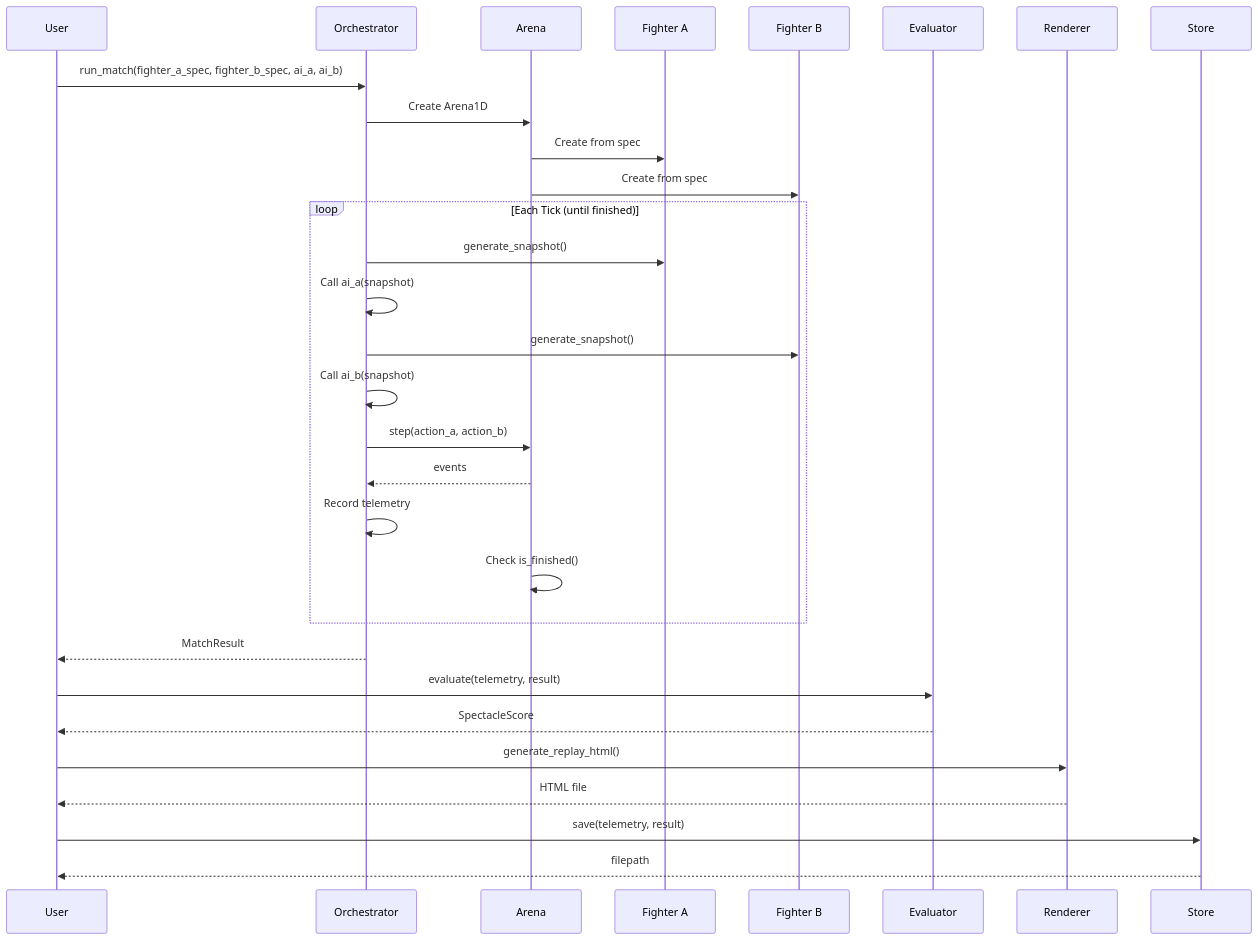
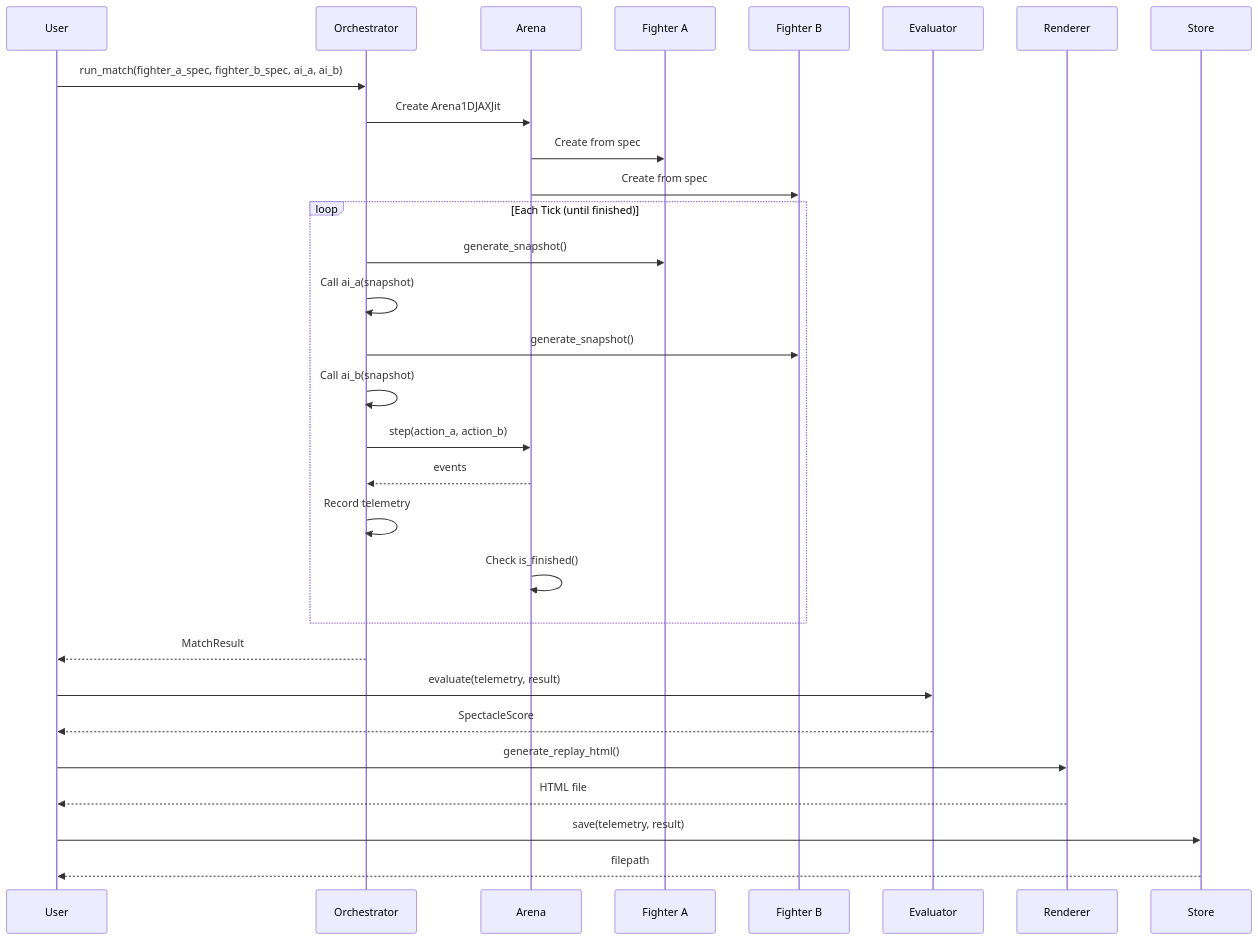
Before and after one commit to MBifolco/atom: the fifth of 6 diagrams in docs/PLATFORM_ARCHITECTURE.md, drawn with Mermaid. The commit also changed other lines of this file and 127 other files, not shown here.

````diff
--- a/docs/PLATFORM_ARCHITECTURE.md
+++ b/docs/PLATFORM_ARCHITECTURE.md
@@ -662,42 +662,42 @@
 ```mermaid
 sequenceDiagram
     participant User
     participant Orchestrator
     participant Arena
     participant Fighter A
     participant Fighter B
     participant Evaluator
     participant Renderer
     participant Store
 
     User->>Orchestrator: run_match(fighter_a_spec, fighter_b_spec, ai_a, ai_b)
 
-    Orchestrator->>Arena: Create Arena1D
+    Orchestrator->>Arena: Create Arena1DJAXJit
     Arena->>Fighter A: Create from spec
     Arena->>Fighter B: Create from spec
 
     loop Each Tick (until finished)
         Orchestrator->>Fighter A: generate_snapshot()
         Orchestrator->>Orchestrator: Call ai_a(snapshot)
         Orchestrator->>Fighter B: generate_snapshot()
         Orchestrator->>Orchestrator: Call ai_b(snapshot)
 
         Orchestrator->>Arena: step(action_a, action_b)
         Arena-->>Orchestrator: events
 
         Orchestrator->>Orchestrator: Record telemetry
 
         Arena->>Arena: Check is_finished()
     end
 
     Orchestrator-->>User: MatchResult
 
     User->>Evaluator: evaluate(telemetry, result)
     Evaluator-->>User: SpectacleScore
 
     User->>Renderer: generate_replay_html()
     Renderer-->>User: HTML file
 
     User->>Store: save(telemetry, result)
     Store-->>User: filepath
 ```
````
